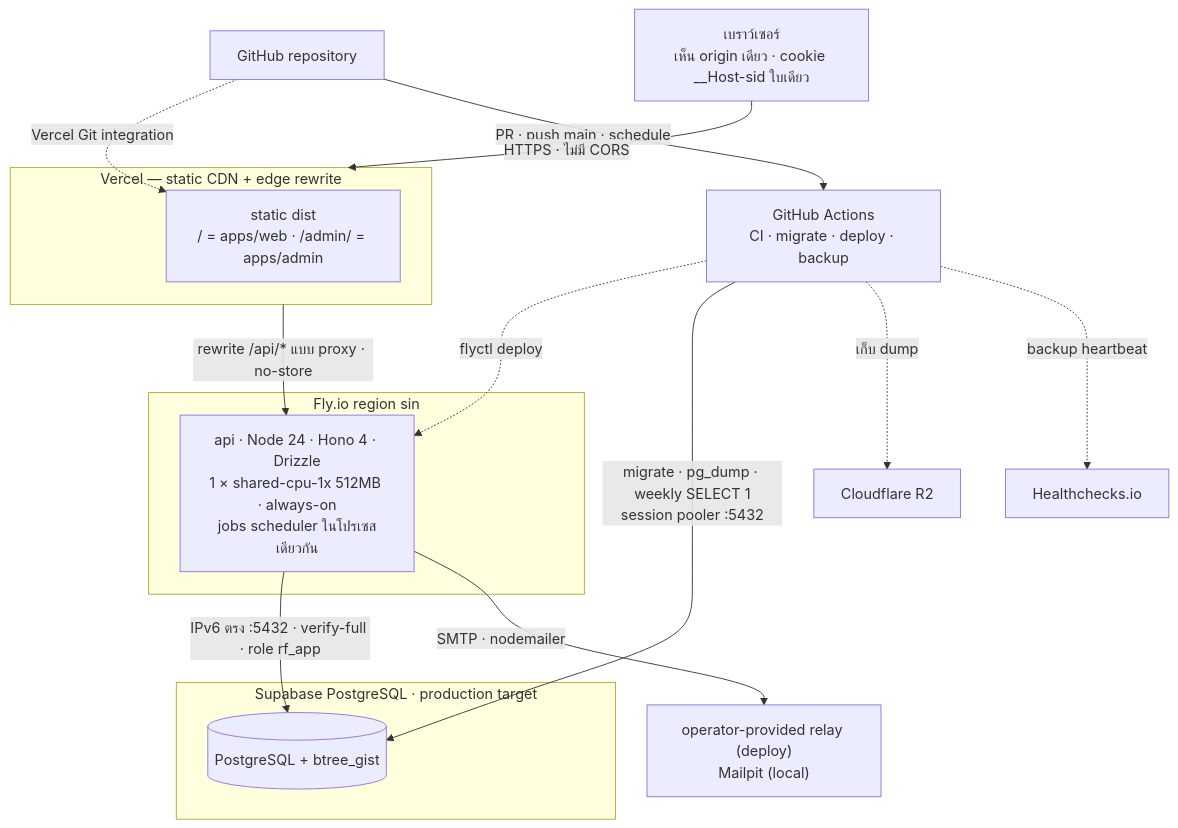
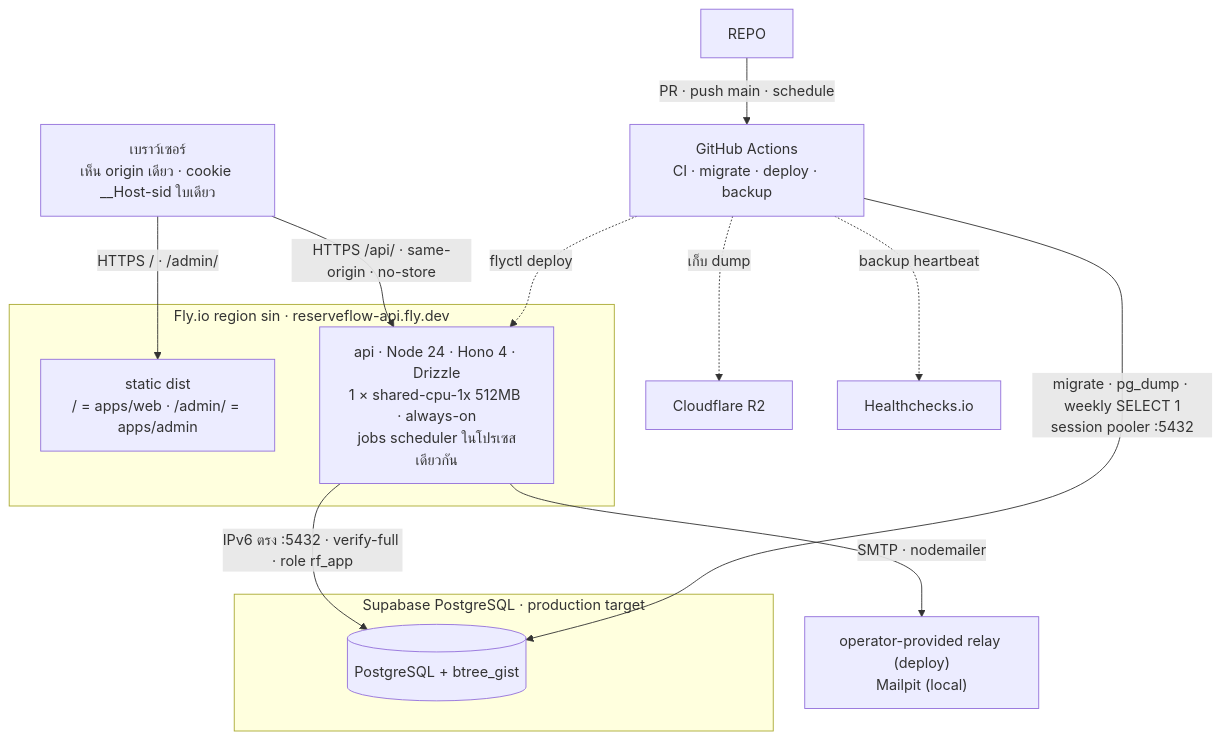
One commit to greentea01x/reserve-flow changed the diagram in docs/spec/sections/04-architecture-tech-stack.md. Above: the diagram before and after it, drawn with Mermaid. The commit also changed other lines of this file and 28 other files, not shown here.

````diff
--- a/docs/spec/sections/04-architecture-tech-stack.md
+++ b/docs/spec/sections/04-architecture-tech-stack.md
@@ -33,24 +32,21 @@
 ```mermaid
-%% title: topology ที่กำหนดใน repository — Vercel + Fly.io + PostgreSQL (Deployment configuration)
+%% title: topology ที่กำหนดใน repository — Fly.io full stack + PostgreSQL (Deployment configuration)
 %% id: deployment
 flowchart TB
-  subgraph VER["Vercel — static CDN + edge rewrite"]
+  subgraph FLY["Fly.io region sin · reserveflow-api.fly.dev"]
     STATIC["static dist<br/>/ = apps/web · /admin/ = apps/admin"]
-  end
-  subgraph FLY["Fly.io region sin"]
     API["api · Node 24 · Hono 4 · Drizzle<br/>1 × shared-cpu-1x 512MB · always-on<br/>jobs scheduler ในโปรเซสเดียวกัน"]
   end
   subgraph SUPA["Supabase PostgreSQL · production target"]
     PG[("PostgreSQL + btree_gist")]
   end
-  REPO["GitHub repository"] -.->|"Vercel Git integration"| STATIC
   REPO -->|"PR · push main · schedule"| GHA["GitHub Actions<br/>CI · migrate · deploy · backup"]
-  BR["เบราว์เซอร์<br/>เห็น origin เดียว · cookie __Host-sid ใบเดียว"] -->|"HTTPS · ไม่มี CORS"| VER
-  VER -->|"rewrite /api/* แบบ proxy · no-store"| API
+  BR["เบราว์เซอร์<br/>เห็น origin เดียว · cookie __Host-sid ใบเดียว"] -->|"HTTPS / · /admin/"| STATIC
+  BR -->|"HTTPS /api/ · same-origin · no-store"| API
   API -->|"IPv6 ตรง :5432 · verify-full · role rf_app"| PG
   API -->|"SMTP · nodemailer"| MAIL["operator-provided relay (deploy)<br/>Mailpit (local)"]
   GHA -.->|"flyctl deploy"| API
   GHA -->|"migrate · pg_dump · weekly SELECT 1<br/>session pooler :5432"| PG
   GHA -.->|"เก็บ dump"| R2["Cloudflare R2"]
   GHA -.->|"backup heartbeat"| HC["Healthchecks.io"]
 ```
````
